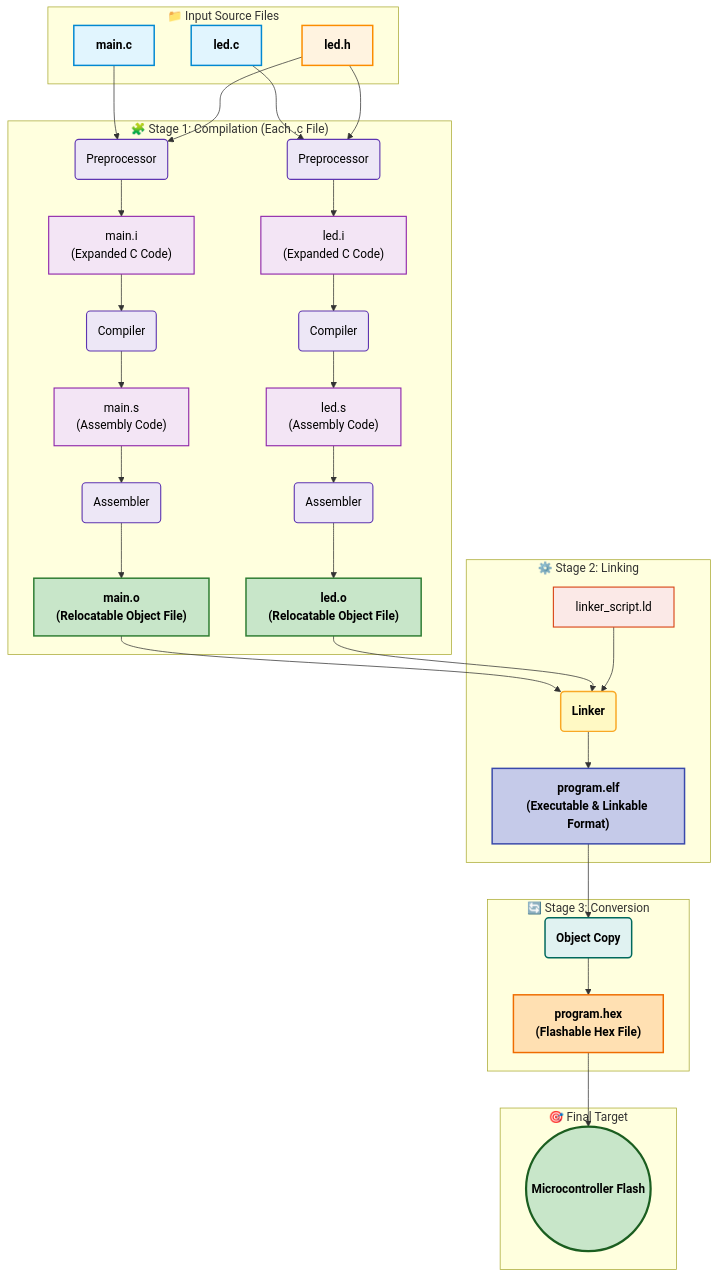
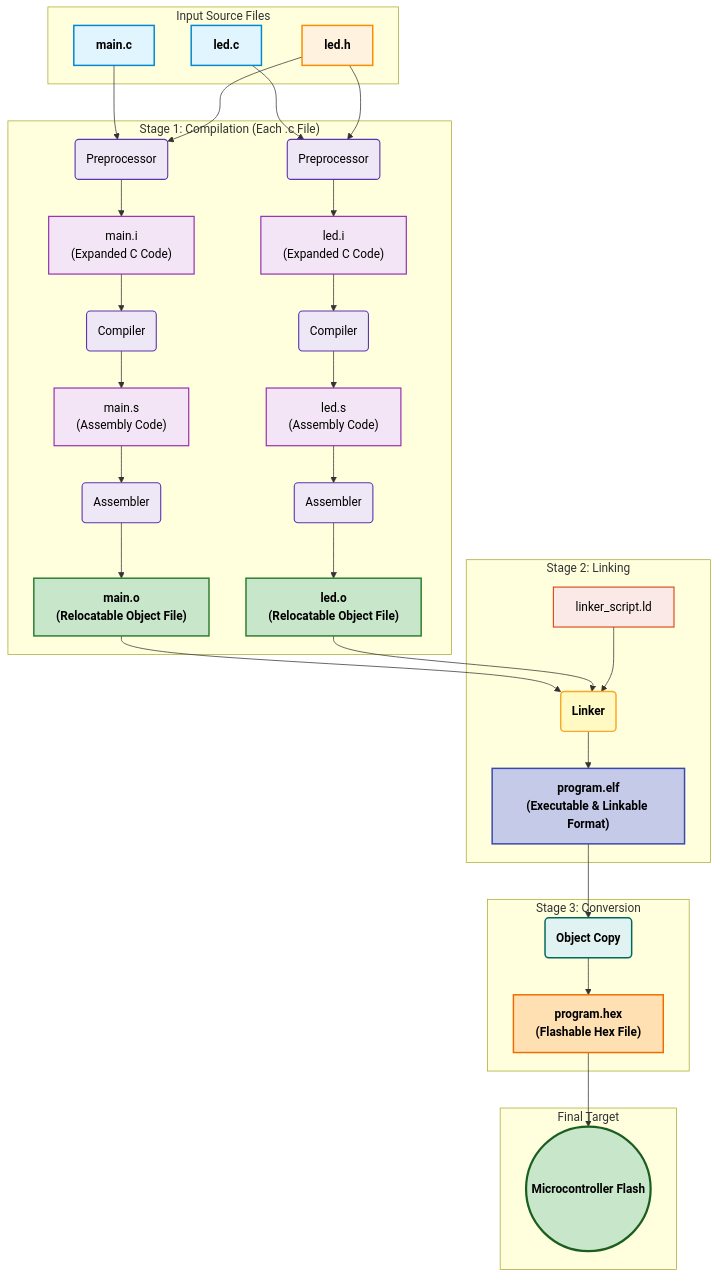
The first of 6 diagrams in README.md (ShravanaHS/understanding-the-c-compiler), drawn with Mermaid before and after one commit. The commit also changed other lines of this file, not shown here.

````diff
--- a/README.md
+++ b/README.md
@@ -34,61 +17,61 @@
 ```mermaid
 graph TD
     %% === INPUT FILES ===
-    subgraph "📁 Input Source Files"
+    subgraph "Input Source Files"
         A[main.c]:::source
         B[led.c]:::source
         C[led.h]:::header
     end
 
     %% === STAGE 1: COMPILATION ===
-    subgraph "🧩 Stage 1: Compilation (Each .c File)"
+    subgraph "Stage 1: Compilation (Each .c File)"
         A --> D(Preprocessor):::process
         C --> D
         D --> E["main.i<br/>(Expanded C Code)"]:::file
         E --> F(Compiler):::process
         F --> G["main.s<br/>(Assembly Code)"]:::file
         G --> H(Assembler):::process
         H --> I["main.o<br/>(Relocatable Object File)"]:::object
 
         B --> J(Preprocessor):::process
         C --> J
         J --> K["led.i<br/>(Expanded C Code)"]:::file
         K --> L(Compiler):::process
         L --> M["led.s<br/>(Assembly Code)"]:::file
         M --> N(Assembler):::process
         N --> O["led.o<br/>(Relocatable Object File)"]:::object
     end
 
     %% === STAGE 2: LINKING ===
-    subgraph "⚙️ Stage 2: Linking"
+    subgraph "Stage 2: Linking"
         I --> P(Linker):::link
         O --> P
         Q[linker_script.ld]:::config --> P
         P --> R["program.elf<br/>(Executable & Linkable Format)"]:::elf
     end
 
     %% === STAGE 3: CONVERSION ===
-    subgraph "🔄 Stage 3: Conversion"
+    subgraph "Stage 3: Conversion"
         R --> S(Object Copy):::convert
         S --> T["program.hex<br/>(Flashable Hex File)"]:::hex
     end
 
     %% === FINAL TARGET ===
-    subgraph "🎯 Final Target"
+    subgraph "Final Target"
         T --> U((Microcontroller Flash)):::target
     end
 
     %% === STYLES ===
     classDef source fill:#e1f5fe,stroke:#0288d1,stroke-width:2px,color:#000,font-weight:bold;
     classDef header fill:#fff3e0,stroke:#fb8c00,stroke-width:2px,color:#000,font-weight:bold;
     classDef process fill:#ede7f6,stroke:#5e35b1,stroke-width:1.5px,color:#000;
     classDef file fill:#f3e5f5,stroke:#8e24aa,stroke-width:1.5px,color:#000;
     classDef object fill:#c8e6c9,stroke:#2e7d32,stroke-width:2px,color:#000,font-weight:bold;
     classDef link fill:#fff9c4,stroke:#f9a825,stroke-width:2px,color:#000,font-weight:bold;
     classDef config fill:#fbe9e7,stroke:#d84315,stroke-width:1.5px,color:#000;
     classDef elf fill:#c5cae9,stroke:#3949ab,stroke-width:2px,color:#000,font-weight:bold;
     classDef convert fill:#e0f2f1,stroke:#00695c,stroke-width:2px,color:#000,font-weight:bold;
     classDef hex fill:#ffe0b2,stroke:#ef6c00,stroke-width:2px,color:#000,font-weight:bold;
     classDef target fill:#c8e6c9,stroke:#1b5e20,stroke-width:3px,color:#000,font-weight:bold;
 
 ```
````
